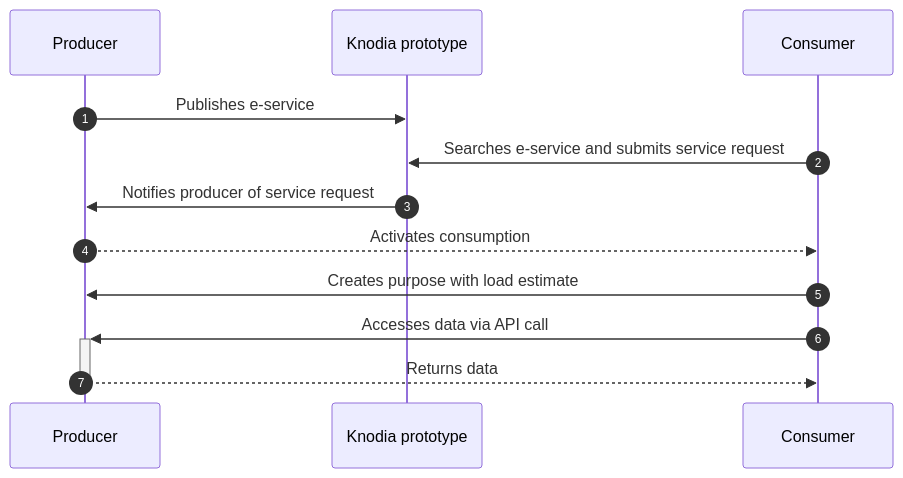
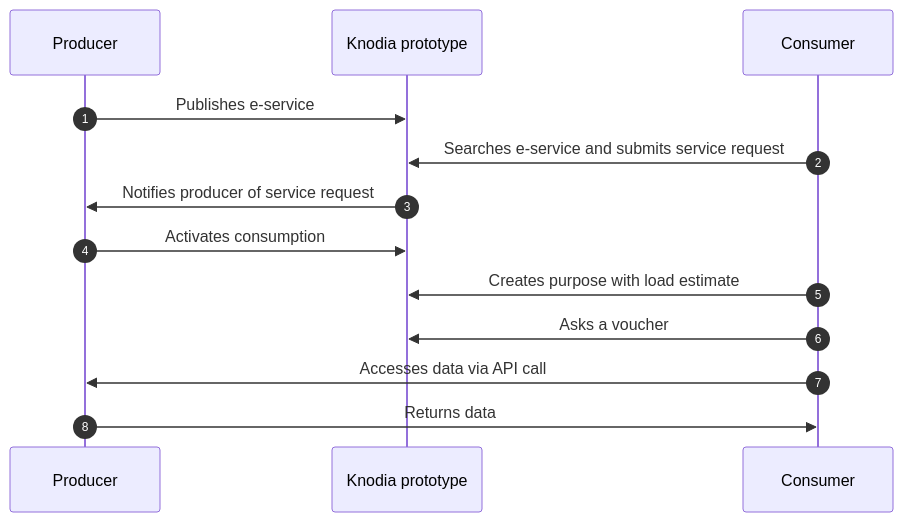
Before and after one commit to pagopa/knodia-docs-input: the diagram in prototype-user-guide/getting-started/pages/03_how-it-works.md, drawn with Mermaid. The commit also changed other lines of this file and 6 other files, not shown here.

````diff
--- a/prototype-user-guide/getting-started/pages/03_how-it-works.md
+++ b/prototype-user-guide/getting-started/pages/03_how-it-works.md
@@ -26,20 +29,21 @@
 ```mermaid
 sequenceDiagram
     autonumber
 
     participant P as Producer
     participant N as Knodia prototype
     participant C as Consumer
 
     P->>N: Publishes e-service
 
     C->>N: Searches e-service and submits service request
     N->>P: Notifies producer of service request
 
-    P-->>C: Activates consumption
+    P->>N: Activates consumption
 
-    C->>P: Creates purpose with load estimate
+    C->>N: Creates purpose with load estimate
 
-    C->>+P: Accesses data via API call
-    P-->>-C: Returns data
+    C->>N: Asks a voucher
+    C->>P: Accesses data via API call
+    P->>C: Returns data
 ```
````
